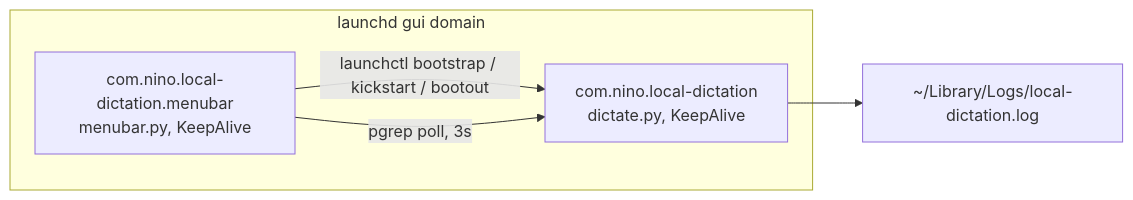
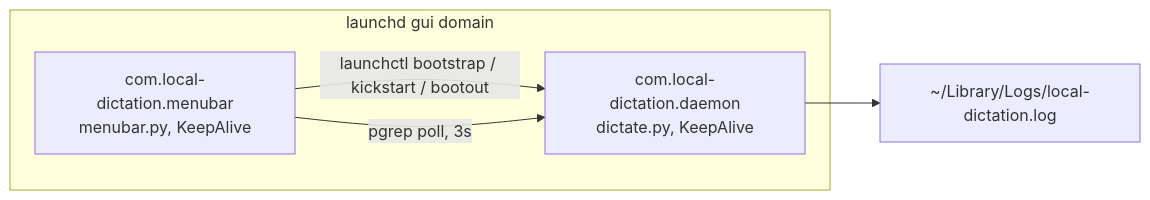
One commit to nino-chavez/local-dictation changed the third of 3 diagrams in docs/architecture/README.md. Above: the diagram before and after it, drawn with Mermaid. The commit also changed 5 other files, not shown here.

First line of the commit message:
chore: generic launchd labels — com.nino.* → com.local-dictation.*

````diff
--- a/docs/architecture/README.md
+++ b/docs/architecture/README.md
@@ -48,10 +48,10 @@
 ```mermaid
 flowchart LR
     subgraph launchd gui domain
-        D[com.nino.local-dictation<br/>dictate.py, KeepAlive]
-        T[com.nino.local-dictation.menubar<br/>menubar.py, KeepAlive]
+        D[com.local-dictation.daemon<br/>dictate.py, KeepAlive]
+        T[com.local-dictation.menubar<br/>menubar.py, KeepAlive]
     end
     T -->|launchctl bootstrap / kickstart / bootout| D
     T -->|pgrep poll, 3s| D
     D --> LOG[~/Library/Logs/local-dictation.log]
 ```
````
